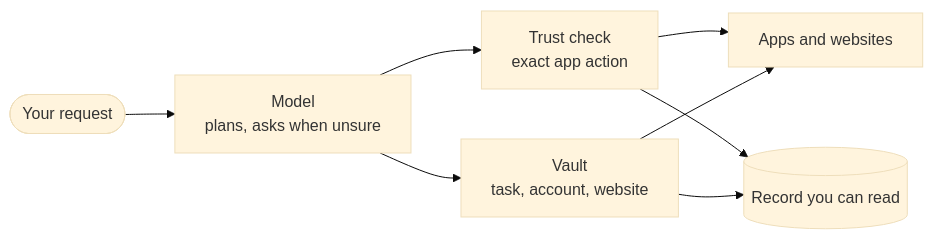
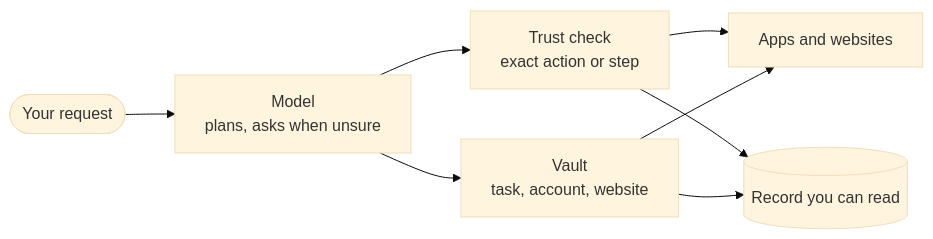
The diagram in docs/src/content/docs/trust/principles.mdx (KrishBhimani/nod), drawn with Mermaid (base theme) before and after one commit. The commit also changed 26 other files, not shown here.

Commit message:
feat(trust): check browser steps that can commit with the same checker (#293)

````diff
--- a/docs/src/content/docs/trust/principles.mdx
+++ b/docs/src/content/docs/trust/principles.mdx
@@ -43,10 +43,10 @@
 ```mermaid
 flowchart LR
   you([Your request]):::accent --> model[Model<br/>plans, asks when unsure]
-  model --> trust[Trust check<br/>exact app action]
+  model --> trust[Trust check<br/>exact action or step]
   model --> vault[Vault<br/>task, account, website]
   trust --> world[Apps and websites]
   vault --> world
   trust --> record[(Record you can read)]:::accent
   vault --> record
 ```
````
